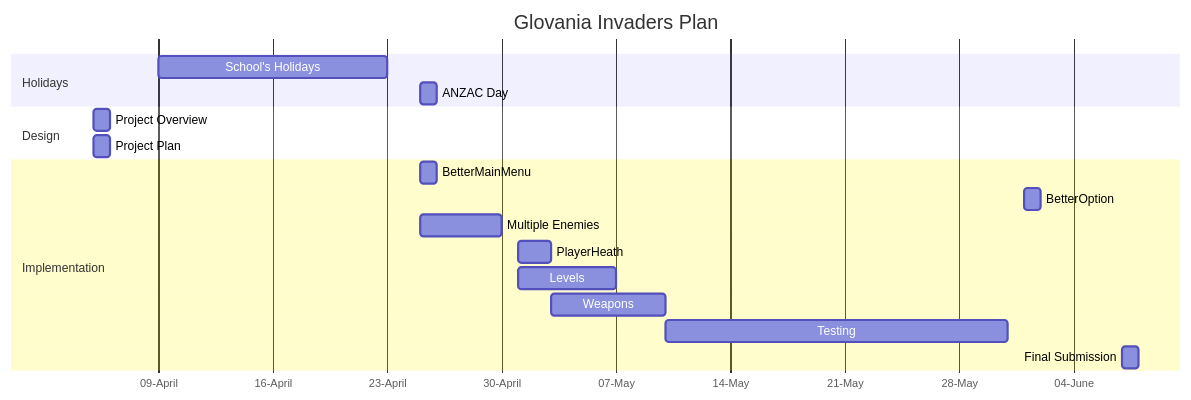
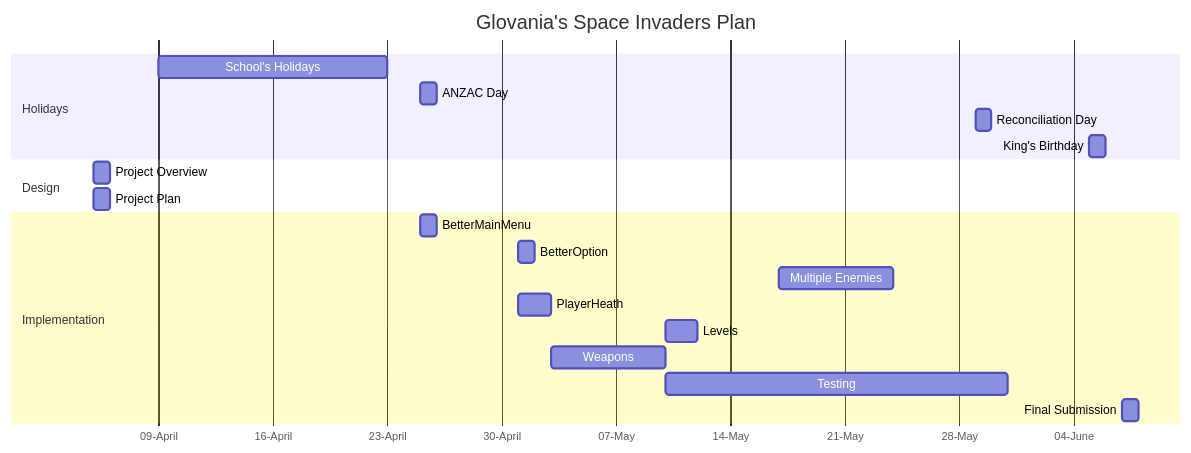
The diagram in Design.md (Glovania/Space-Invading), drawn with Mermaid before and after one commit.

Commit message:
Updated 'Design.md' FIle
- New Implementation targets.

````diff
--- a/Design.md
+++ b/Design.md
@@ -31,27 +31,29 @@
 ```mermaid
 gantt
-    title Glovania Invaders Plan
+    title Glovania's Space Invaders Plan
     dateFormat DD-MM-YYYY
     axisFormat %d-%B
     tickInterval 1week
 
     section Holidays
     School's Holidays: 09-04-2023, 23-04-2023
     ANZAC Day: 25-04-2023, 1d
+    Reconciliation Day: 29-05-2023, 1d
+    King's Birthday: 05-06-2023, 1d
 
     section Design
     Project Overview: 05-04-2023, 1d
     Project Plan: 05-04-2023, 1d
 
     section Implementation
     BetterMainMenu: 25-04-2023, 1d
-    BetterOption: 01-06-2023, 1d
-    Multiple Enemies: 25-04-2023, 30-04-2023
+    BetterOption: 01-05-2023, 1d
+    Multiple Enemies: 17-05-2023, 24-05-2023
     PlayerHeath: 01-05-2023, 03-05-2023
-    Levels: 01-05-2023, 07-05-2023
+    Levels: 10-05-2023, 12-05-2023
     Weapons: 03-05-2023, 10-05-2023
 
 
     Testing: 31-05-2023
     Final Submission: 07-06-2023, 1d
 ```
````
